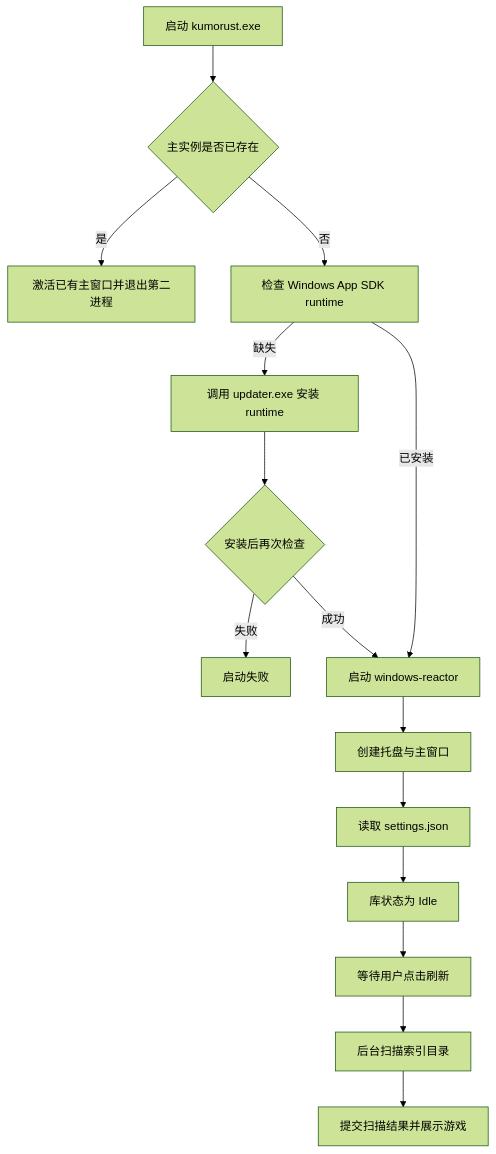
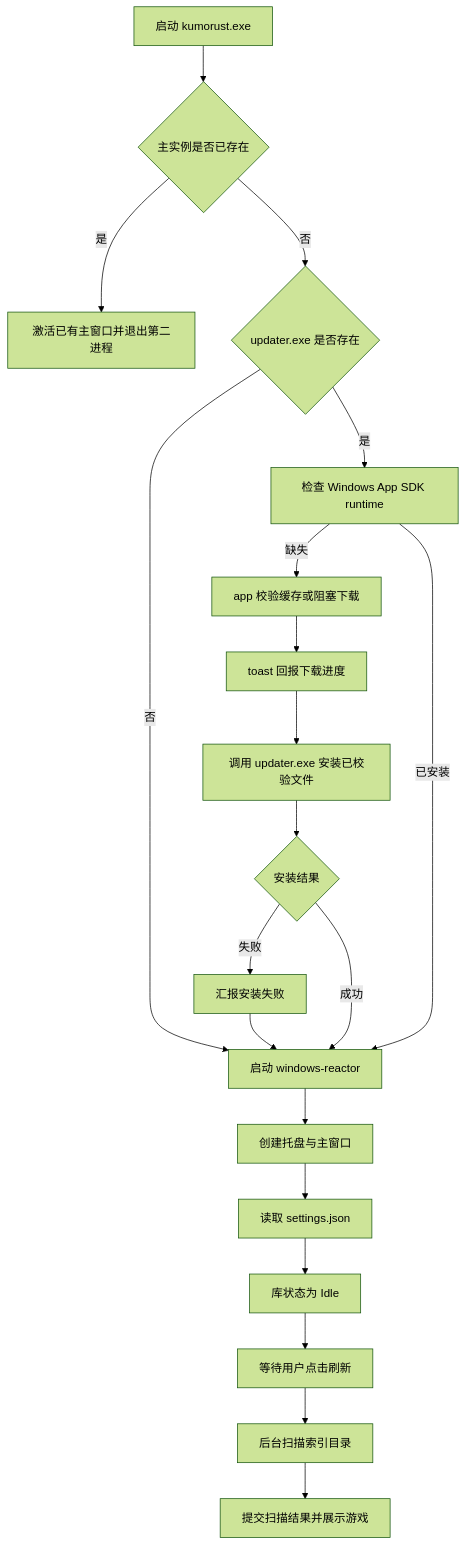
The second of 3 diagrams in docs/kumorust-feature-map.md (kumoproject/kumorust), drawn with Mermaid (forest theme) before and after one commit. The commit also changed other lines of this file and 16 other files, not shown here.

````diff
--- a/docs/kumorust-feature-map.md
+++ b/docs/kumorust-feature-map.md
@@ -81,17 +84,22 @@
 ```mermaid
 flowchart TD
     A[启动 kumorust.exe] --> B{主实例是否已存在}
     B -- 是 --> C[激活已有主窗口并退出第二进程]
-    B -- 否 --> D[检查 Windows App SDK runtime]
-    D -- 缺失 --> E[调用 updater.exe 安装 runtime]
-    E --> F{安装后再次检查}
-    F -- 失败 --> X[启动失败]
-    F -- 成功 --> G[启动 windows-reactor]
-    D -- 已安装 --> G
-    G --> H[创建托盘与主窗口]
-    H --> I[读取 settings.json]
-    I --> J[库状态为 Idle]
-    J --> K[等待用户点击刷新]
-    K --> L[后台扫描索引目录]
-    L --> M[提交扫描结果并展示游戏]
+    B -- 否 --> D{updater.exe 是否存在}
+    D -- 否 --> I[启动 windows-reactor]
+    D -- 是 --> E[检查 Windows App SDK runtime]
+    E -- 缺失 --> F[app 校验缓存或阻塞下载]
+    F --> G[toast 回报下载进度]
+    G --> H[调用 updater.exe 安装已校验文件]
+    H --> R{安装结果}
+    R -- 失败 --> X[汇报安装失败]
+    X --> I[启动 windows-reactor]
+    R -- 成功 --> I
+    E -- 已安装 --> I
+    I --> J[创建托盘与主窗口]
+    J --> K[读取 settings.json]
+    K --> L[库状态为 Idle]
+    L --> M[等待用户点击刷新]
+    M --> N[后台扫描索引目录]
+    N --> O[提交扫描结果并展示游戏]
 ```
````
